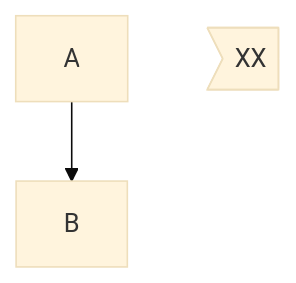
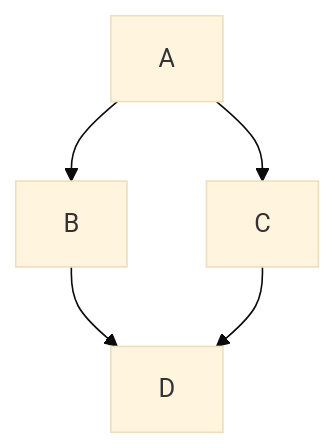
The first of 5 diagrams in source/_posts/mermaid-test.md (oatiz/oatiz.github.io), drawn with Mermaid (base theme) before and after one commit. The commit also changed other lines of this file and 5 other files, not shown here.

Commit message:
support mermaid

````diff
--- a/source/_posts/mermaid-test.md
+++ b/source/_posts/mermaid-test.md
@@ -11,5 +16,7 @@
 ```mermaid
 graph TD
-A-->B
-I>XX]
+    A-->B;
+    A-->C;
+    B-->D;
+    C-->D;
 ```
````
